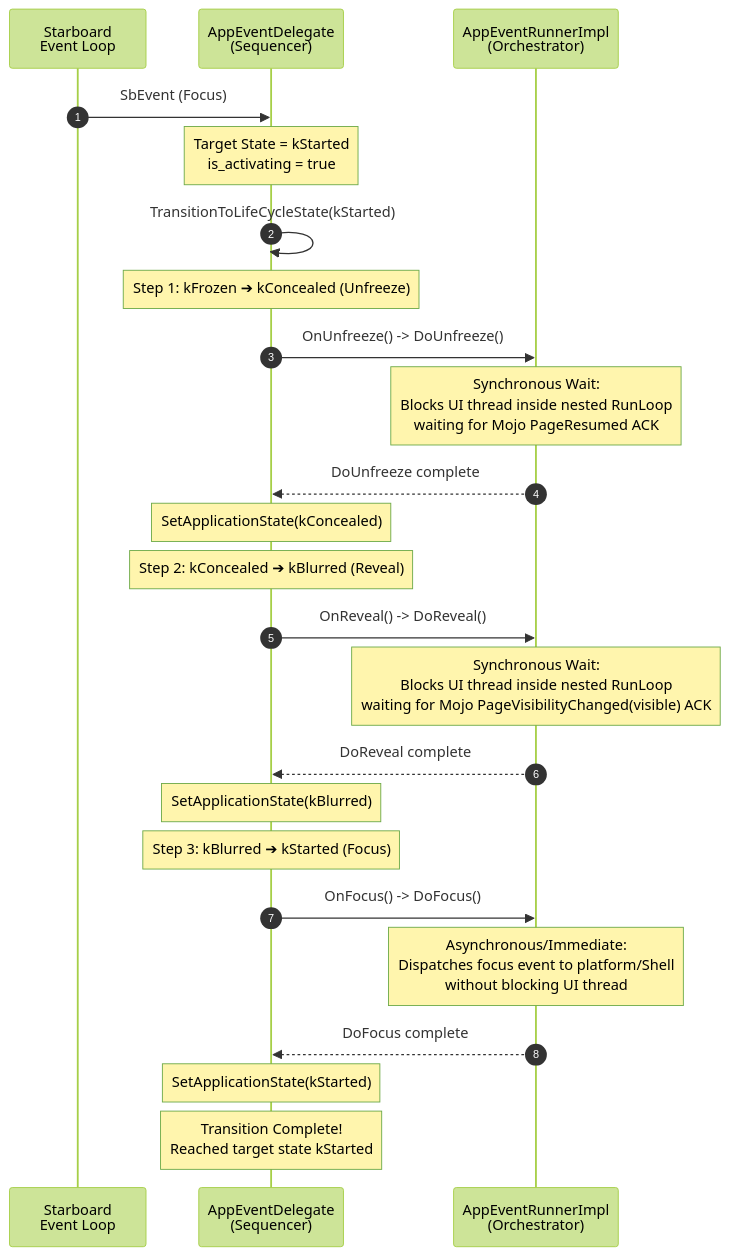
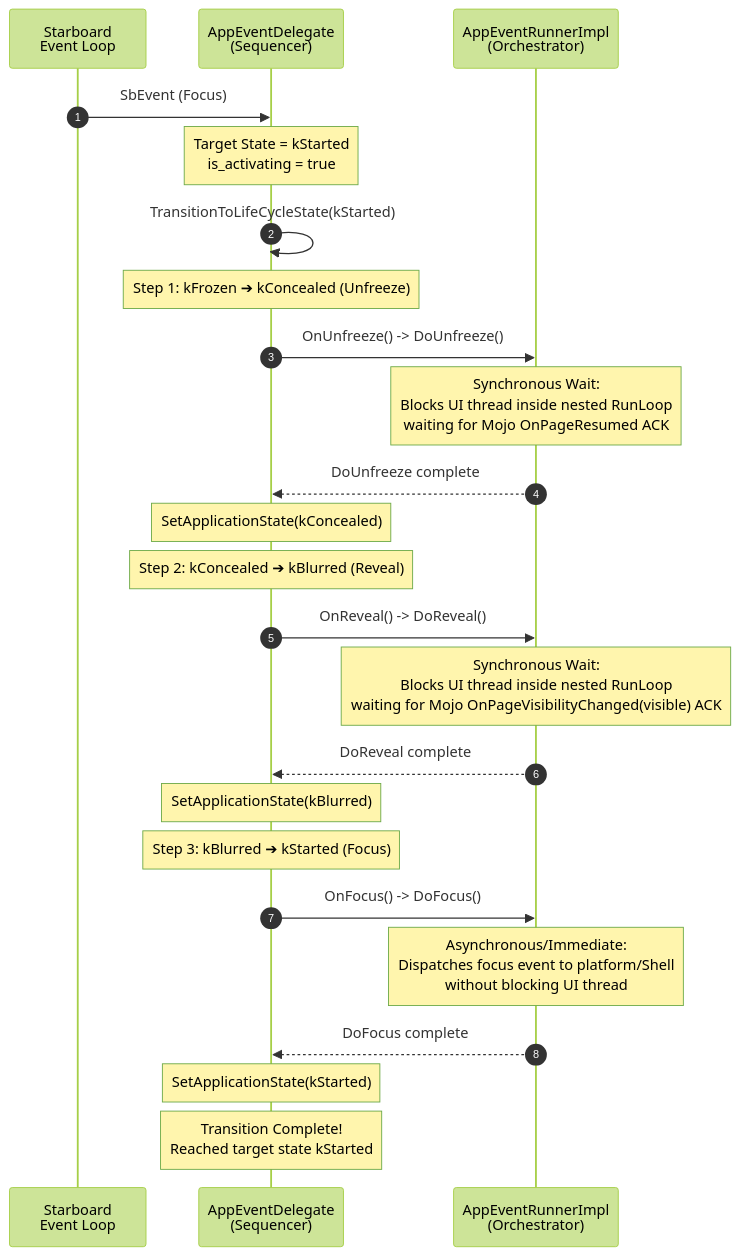
Diagram 11 of 14 in cobalt/doc/lifecycle_internals.md (youtube/cobalt), drawn with Mermaid (forest theme) before and after one commit. The commit also changed other lines of this file and 18 other files, not shown here.

````diff
--- a/cobalt/doc/lifecycle_internals.md
+++ b/cobalt/doc/lifecycle_internals.md
@@ -432,34 +432,34 @@
 ```mermaid
 sequenceDiagram
   autonumber
   participant OS as Starboard <br/> Event Loop
   participant Delegate as AppEventDelegate <br/> (Sequencer)
   participant Runner as AppEventRunnerImpl <br/> (Orchestrator)
 
   OS->>Delegate: SbEvent (Focus)
   Note over Delegate: Target State = kStarted<br/>is_activating = true
   Delegate->>Delegate: TransitionToLifeCycleState(kStarted)
 
   %% Step 1
   Note over Delegate: Step 1: kFrozen ➔ kConcealed (Unfreeze)
   Delegate->>Runner: OnUnfreeze() -> DoUnfreeze()
-  Note over Runner: Synchronous Wait:<br/>Blocks UI thread inside nested RunLoop<br/>waiting for Mojo PageResumed ACK
+  Note over Runner: Synchronous Wait:<br/>Blocks UI thread inside nested RunLoop<br/>waiting for Mojo OnPageResumed ACK
   Runner-->>Delegate: DoUnfreeze complete
   Note over Delegate: SetApplicationState(kConcealed)
 
   %% Step 2
   Note over Delegate: Step 2: kConcealed ➔ kBlurred (Reveal)
   Delegate->>Runner: OnReveal() -> DoReveal()
-  Note over Runner: Synchronous Wait:<br/>Blocks UI thread inside nested RunLoop<br/>waiting for Mojo PageVisibilityChanged(visible) ACK
+  Note over Runner: Synchronous Wait:<br/>Blocks UI thread inside nested RunLoop<br/>waiting for Mojo OnPageVisibilityChanged(visible) ACK
   Runner-->>Delegate: DoReveal complete
   Note over Delegate: SetApplicationState(kBlurred)
 
   %% Step 3
   Note over Delegate: Step 3: kBlurred ➔ kStarted (Focus)
   Delegate->>Runner: OnFocus() -> DoFocus()
   Note over Runner: Asynchronous/Immediate:<br/>Dispatches focus event to platform/Shell<br/>without blocking UI thread
   Runner-->>Delegate: DoFocus complete
   Note over Delegate: SetApplicationState(kStarted)
 
   Note over Delegate: Transition Complete!<br/>Reached target state kStarted
 ```
````
